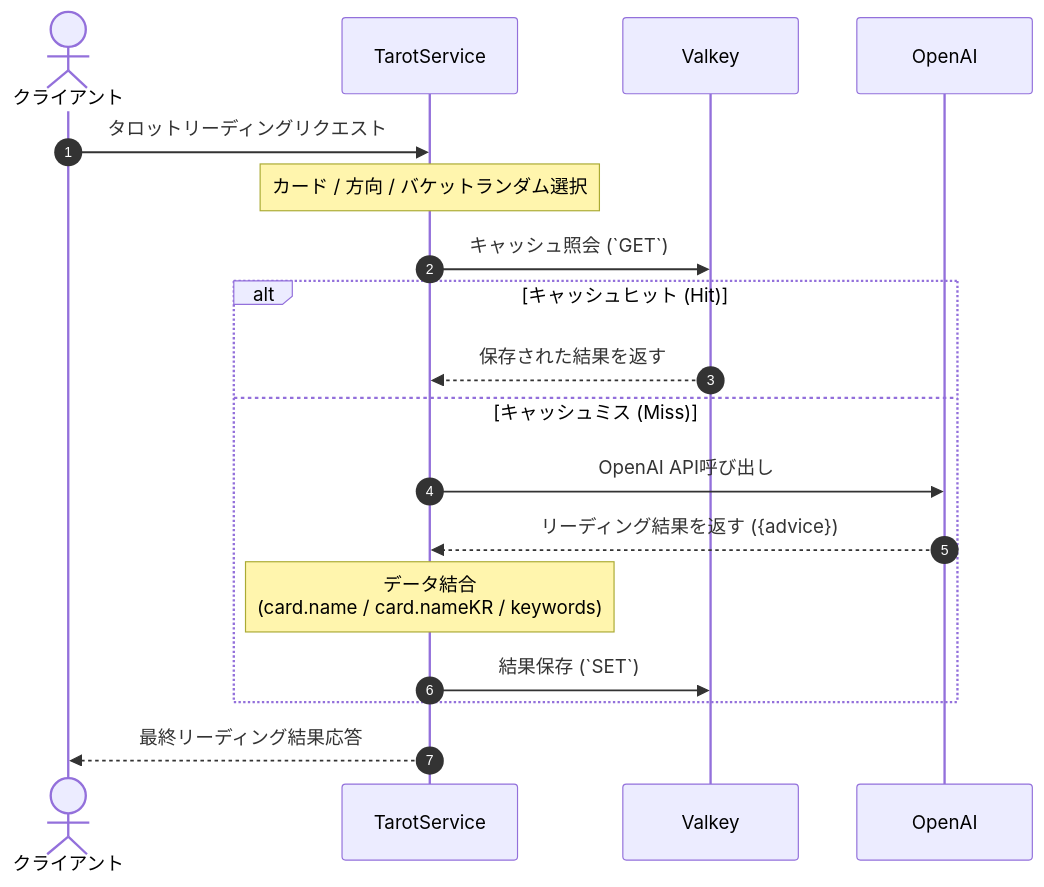
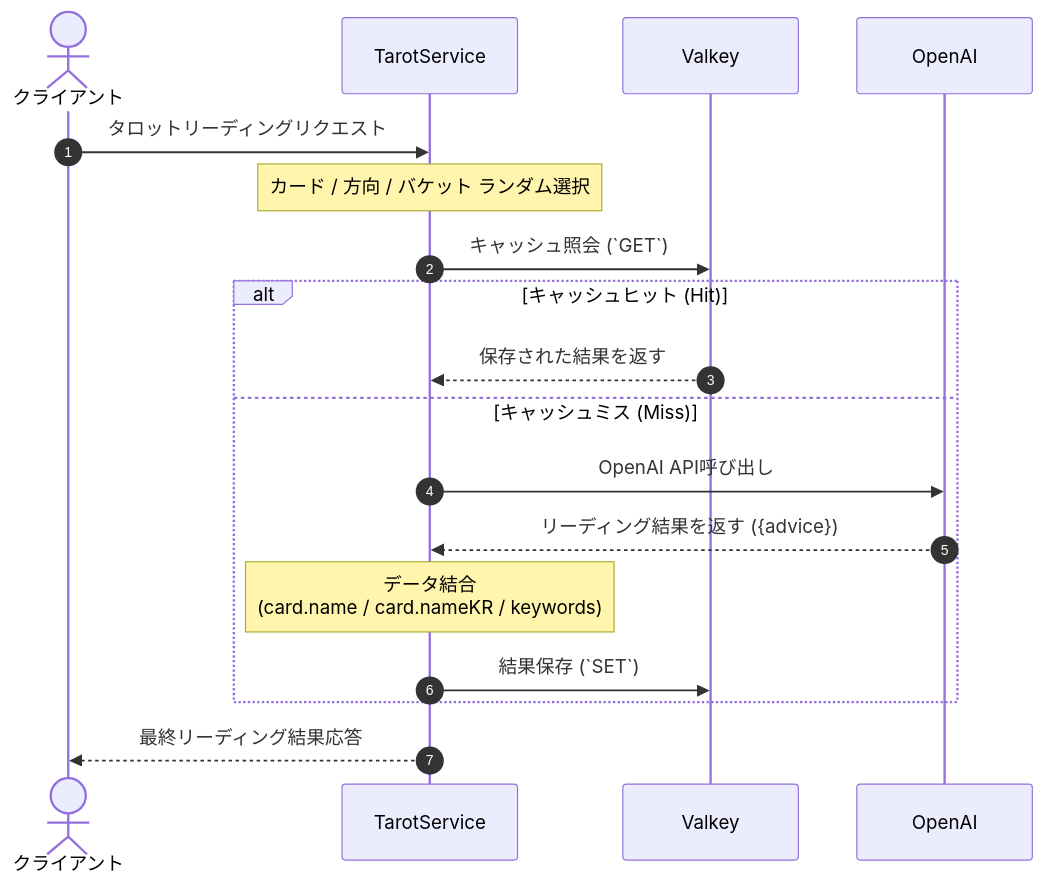
The first of 2 diagrams in src/content/blog/ja/tarot-deep-dive.md (mandacode-labs/mandacode-devs), drawn with Mermaid before and after one commit. The commit also changed other lines of this file and 30 other files, not shown here.

````diff
--- a/src/content/blog/ja/tarot-deep-dive.md
+++ b/src/content/blog/ja/tarot-deep-dive.md
@@ -65,26 +64,26 @@
 ```mermaid
 sequenceDiagram
     autonumber
     
     actor Client as クライアント
     participant Service as TarotService
     participant Cache as Valkey
     participant AI as OpenAI
     
     Client->>Service: タロットリーディングリクエスト
-    Note over Service: カード / 方向 / バケットランダム選択
+    Note over Service: カード / 方向 / バケット ランダム選択
     
     Service->>Cache: キャッシュ照会 (`GET`)
     
     alt キャッシュヒット (Hit)
         Cache-->>Service: 保存された結果を返す
     else キャッシュミス (Miss)
         Service->>AI: OpenAI API呼び出し
         AI-->>Service: リーディング結果を返す ({advice})
         Note over Service: データ結合<br/>(card.name / card.nameKR / keywords)
         Service->>Cache: 結果保存 (`SET`)
     end
     
     Service-->>Client: 最終リーディング結果応答
 
 ```
````
